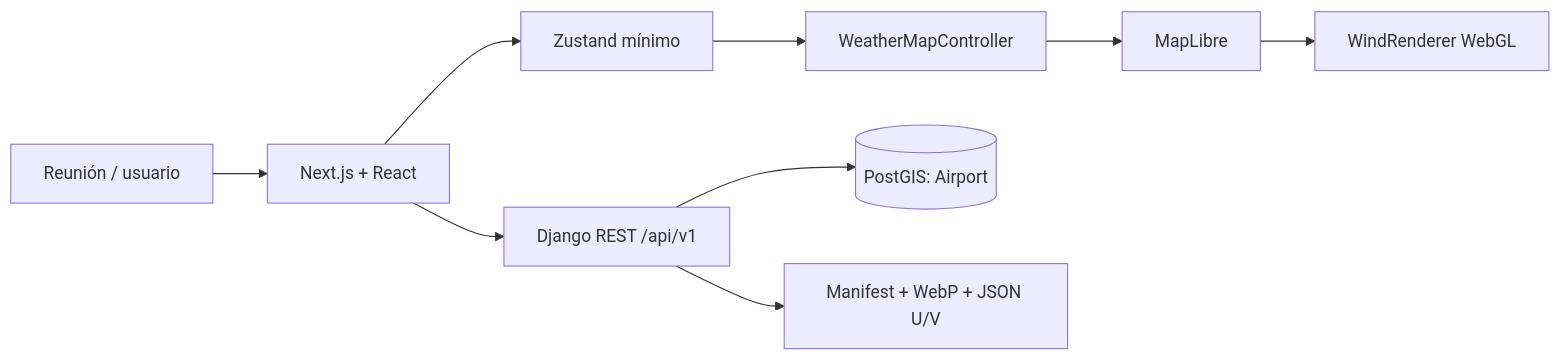
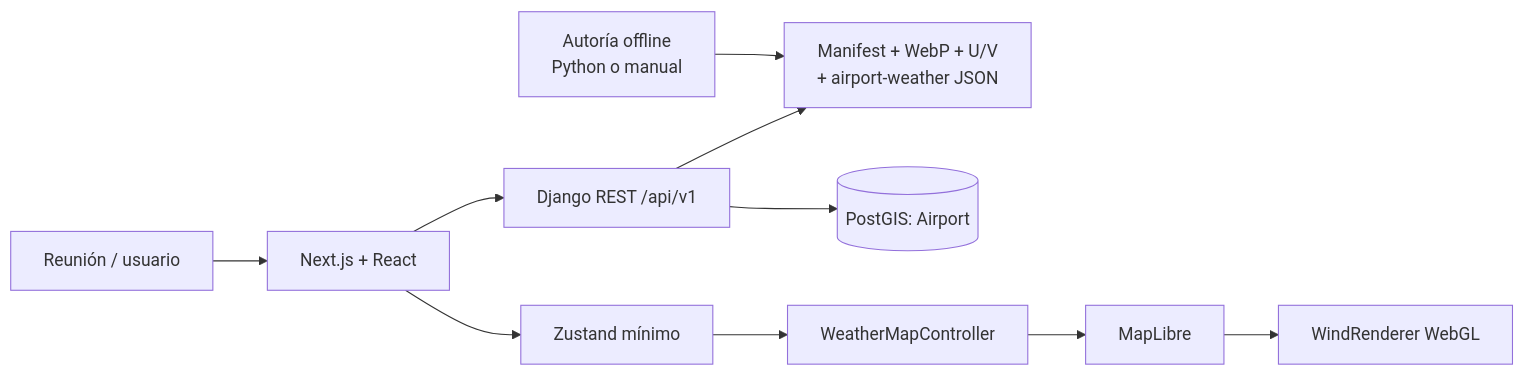
Before and after one commit to carlos18bp/aviation_weather_viewer_project: the first of 5 diagrams in docs/methodology/architecture.md, drawn with Mermaid. The commit also changed other lines of this file and 11 other files, not shown here.

````diff
--- a/docs/methodology/architecture.md
+++ b/docs/methodology/architecture.md
@@ -8,11 +8,12 @@
 ```mermaid
 flowchart LR
+    G[Autoría offline<br/>Python o manual] --> F
     U[Reunión / usuario] --> N[Next.js + React]
     N --> S[Zustand mínimo]
     S --> C[WeatherMapController]
     C --> M[MapLibre]
     M --> W[WindRenderer WebGL]
     N --> A[Django REST /api/v1]
     A --> P[(PostGIS: Airport)]
-    A --> F[Manifest + WebP + JSON U/V]
+    A --> F[Manifest + WebP + U/V<br/>+ airport-weather JSON]
 ```
````
